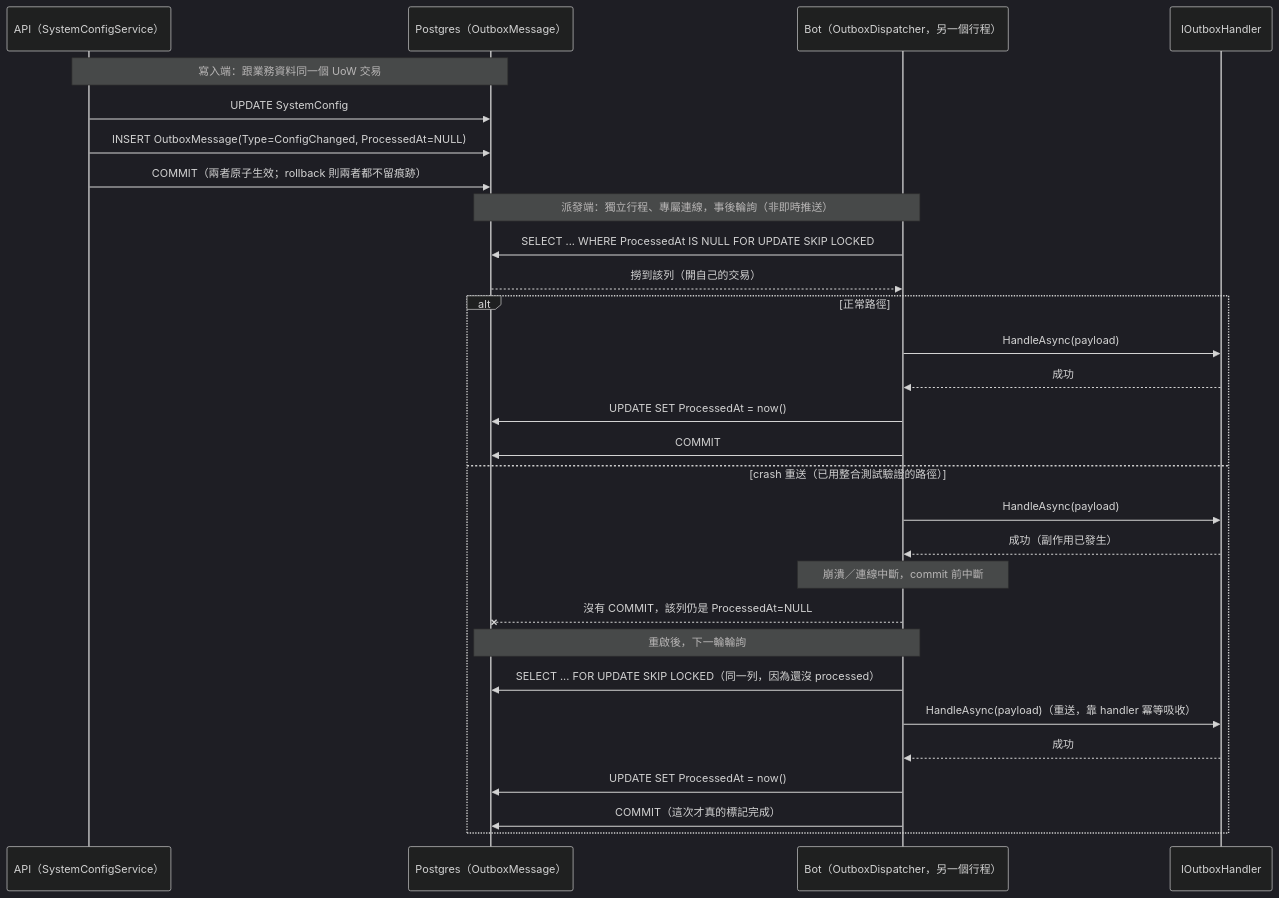
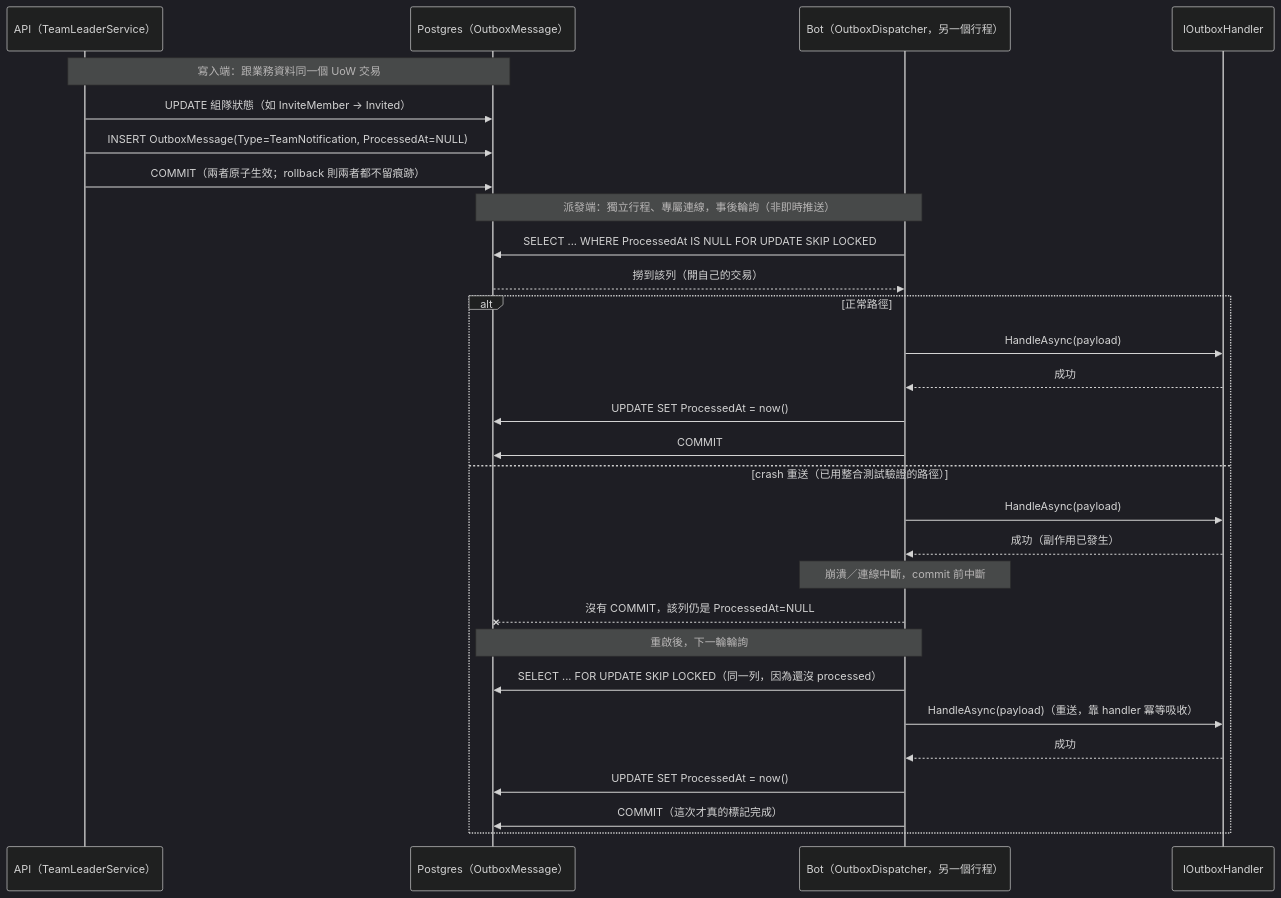
One commit to MinMiss5678/MapleStoryRaidScheduler changed the third of 11 diagrams in docs/architecture.md. Above: the diagram before and after it, drawn with Mermaid (dark theme). The commit also changed other lines of this file and 11 other files, not shown here.

First line of the commit message:
refactor: 拔除 ConfigChanged outbox 死碼（period-less 報名截止退場後殘留）

````diff
--- a/docs/architecture.md
+++ b/docs/architecture.md
@@ -232,34 +232,34 @@
 ```mermaid
 sequenceDiagram
-    participant API as API（SystemConfigService）
+    participant API as API（TeamLeaderService）
     participant DB as Postgres（OutboxMessage）
     participant Bot as Bot（OutboxDispatcher，另一個行程）
     participant H as IOutboxHandler
 
     Note over API,DB: 寫入端：跟業務資料同一個 UoW 交易
-    API->>DB: UPDATE SystemConfig
-    API->>DB: INSERT OutboxMessage(Type=ConfigChanged, ProcessedAt=NULL)
+    API->>DB: UPDATE 組隊狀態（如 InviteMember → Invited）
+    API->>DB: INSERT OutboxMessage(Type=TeamNotification, ProcessedAt=NULL)
     API->>DB: COMMIT（兩者原子生效；rollback 則兩者都不留痕跡）
 
     Note over Bot,DB: 派發端：獨立行程、專屬連線，事後輪詢（非即時推送）
     Bot->>DB: SELECT ... WHERE ProcessedAt IS NULL FOR UPDATE SKIP LOCKED
     DB-->>Bot: 撈到該列（開自己的交易）
 
     alt 正常路徑
         Bot->>H: HandleAsync(payload)
         H-->>Bot: 成功
         Bot->>DB: UPDATE SET ProcessedAt = now()
         Bot->>DB: COMMIT
     else crash 重送（已用整合測試驗證的路徑）
         Bot->>H: HandleAsync(payload)
         H-->>Bot: 成功（副作用已發生）
         Note over Bot: 崩潰／連線中斷，commit 前中斷
         Bot--xDB: 沒有 COMMIT，該列仍是 ProcessedAt=NULL
         Note over Bot,DB: 重啟後，下一輪輪詢
         Bot->>DB: SELECT ... FOR UPDATE SKIP LOCKED（同一列，因為還沒 processed）
         Bot->>H: HandleAsync(payload)（重送，靠 handler 冪等吸收）
         H-->>Bot: 成功
         Bot->>DB: UPDATE SET ProcessedAt = now()
         Bot->>DB: COMMIT（這次才真的標記完成）
     end
 ```
````
